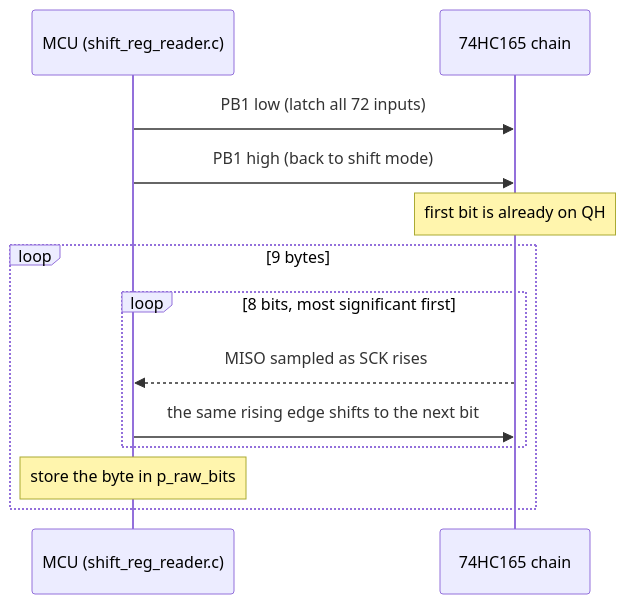
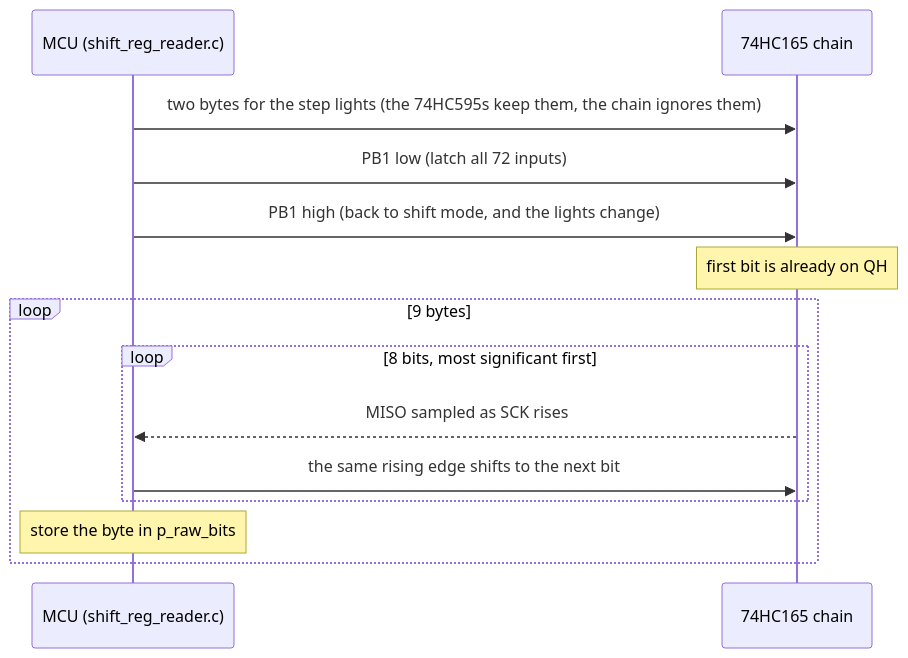
Before and after one commit to BonelessPig/nano_sequencer: diagram 17 of 27 in docs/ARCHITECTURE.md, drawn with Mermaid. The commit also changed other lines of this file and 44 other files, not shown here.

````diff
--- a/docs/ARCHITECTURE.md
+++ b/docs/ARCHITECTURE.md
@@ -769,15 +817,16 @@
 ```mermaid
 sequenceDiagram
     participant M as MCU (shift_reg_reader.c)
     participant C as 74HC165 chain
+    M->>C: two bytes for the step lights (the 74HC595s keep them, the chain ignores them)
     M->>C: PB1 low (latch all 72 inputs)
-    M->>C: PB1 high (back to shift mode)
+    M->>C: PB1 high (back to shift mode, and the lights change)
     Note over C: first bit is already on QH
     loop 9 bytes
         loop 8 bits, most significant first
             C-->>M: MISO sampled as SCK rises
             M->>C: the same rising edge shifts to the next bit
         end
         Note over M: store the byte in p_raw_bits
     end
 ```
````
